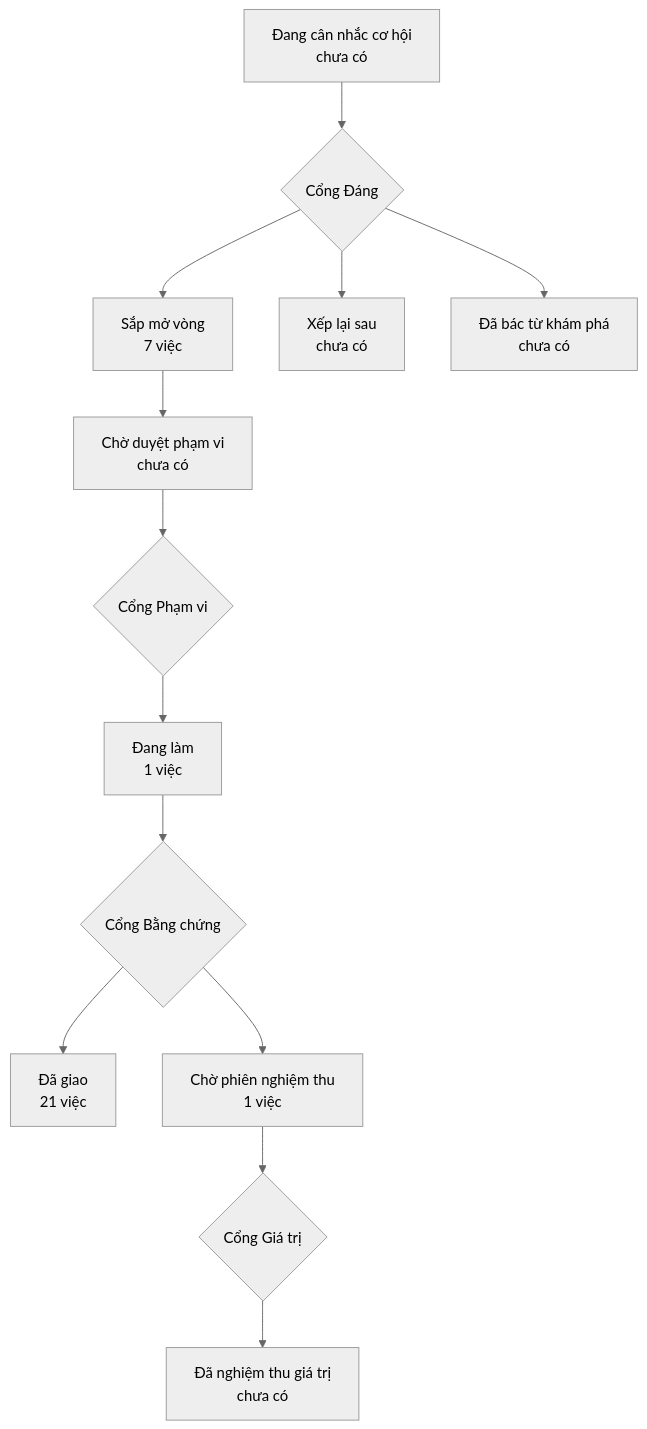
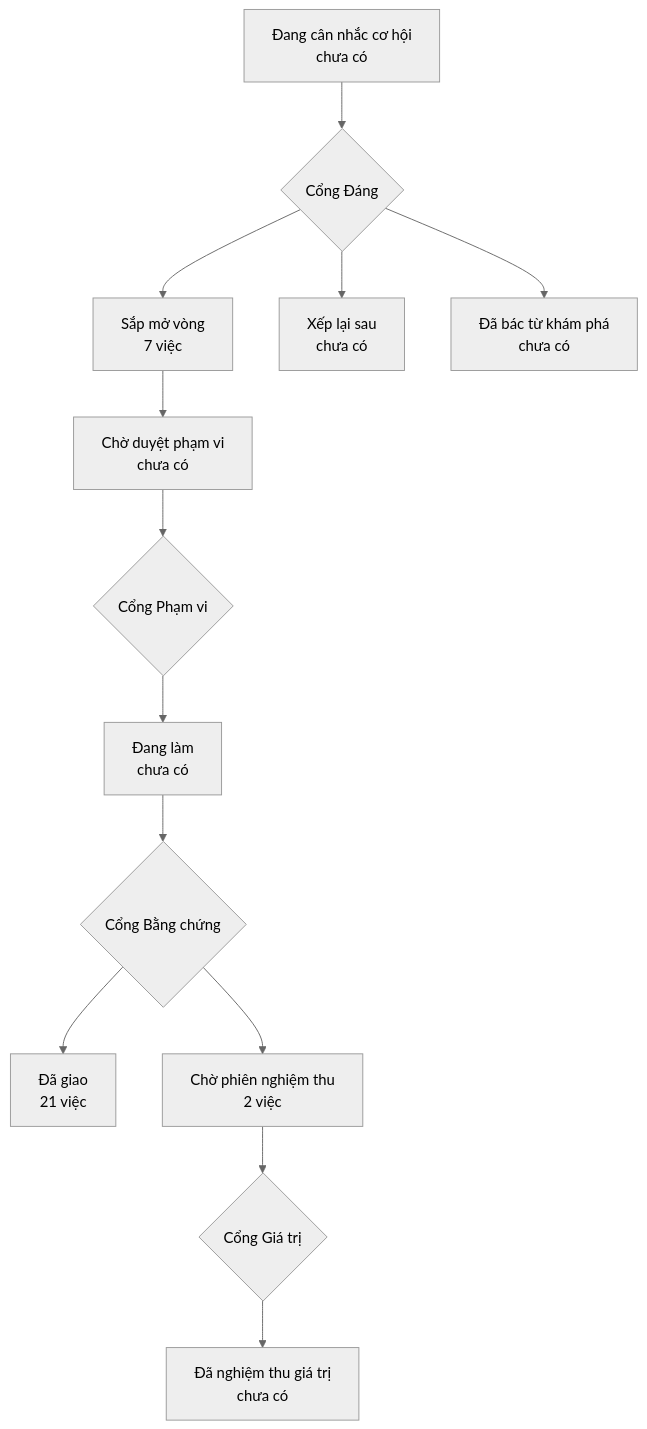
Before and after one commit to phanlemanh/onehub-invest: the diagram in PRODUCT-MAP.md, drawn with Mermaid (neutral theme). The commit also changed other lines of this file and 4 other files, not shown here.

````diff
--- a/PRODUCT-MAP.md
+++ b/PRODUCT-MAP.md
@@ -7,12 +7,12 @@
 ```mermaid
 flowchart TD
   A["Đang cân nhắc cơ hội<br/>chưa có"] --> GD{"Cổng Đáng"}
   GD --> B["Sắp mở vòng<br/>7 việc"]
   GD --> XL["Xếp lại sau<br/>chưa có"]
   GD --> DB["Đã bác từ khám phá<br/>chưa có"]
   B --> CD["Chờ duyệt phạm vi<br/>chưa có"] --> GP{"Cổng Phạm vi"}
-  GP --> DL["Đang làm<br/>1 việc"] --> GB{"Cổng Bằng chứng"}
+  GP --> DL["Đang làm<br/>chưa có"] --> GB{"Cổng Bằng chứng"}
   GB --> DG["Đã giao<br/>21 việc"]
-  GB --> CN["Chờ phiên nghiệm thu<br/>1 việc"] --> GG{"Cổng Giá trị"}
+  GB --> CN["Chờ phiên nghiệm thu<br/>2 việc"] --> GG{"Cổng Giá trị"}
   GG --> NT["Đã nghiệm thu giá trị<br/>chưa có"]
 ```
````
